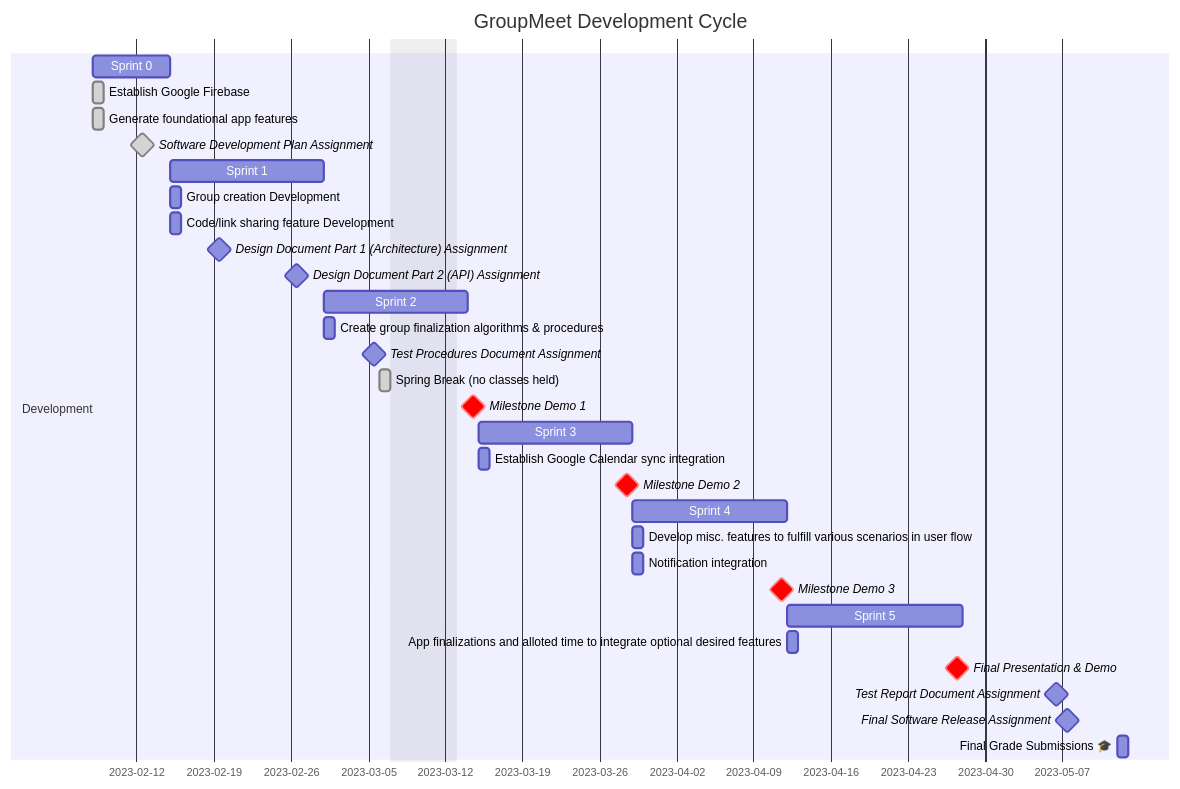
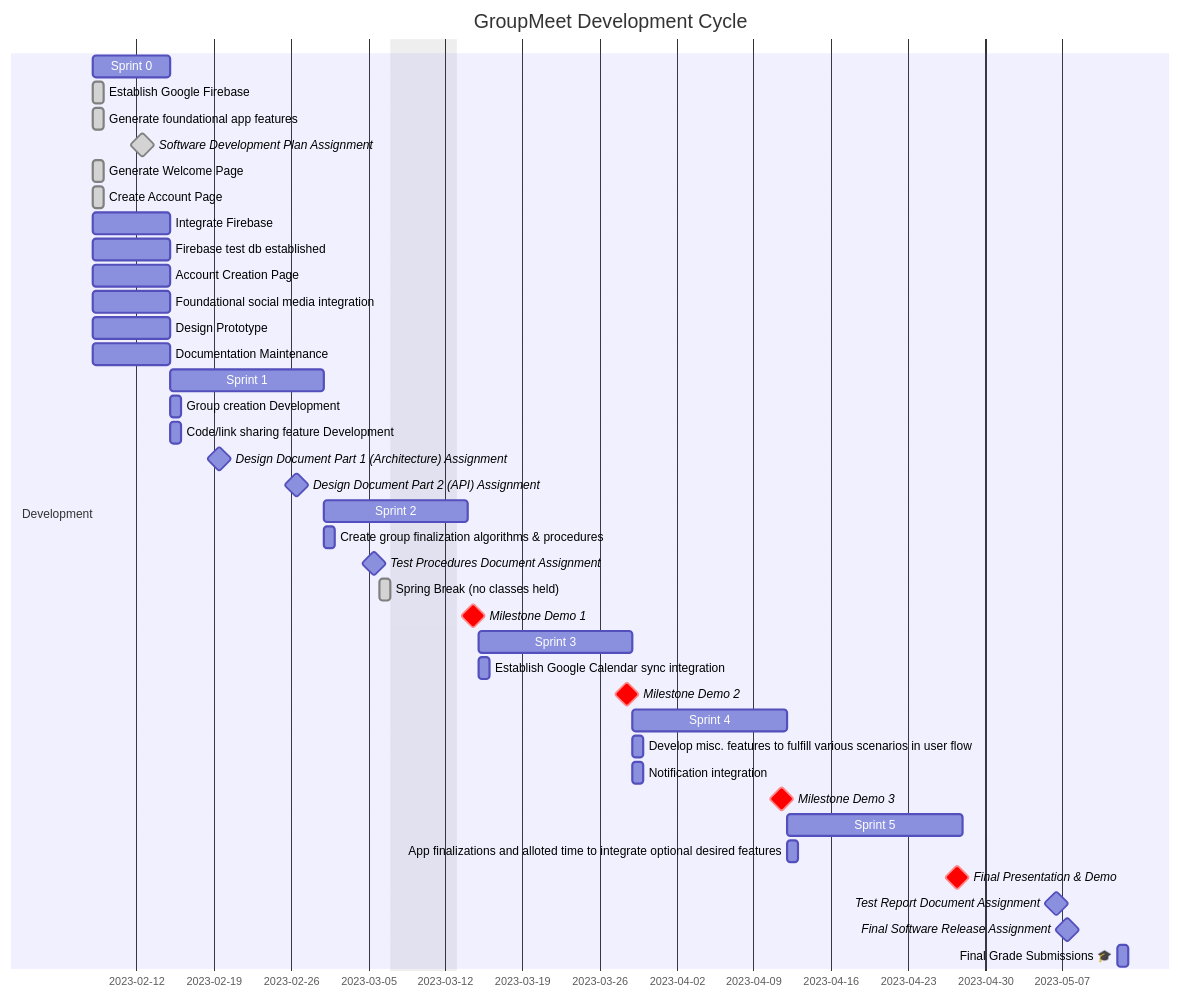
Before and after one commit to Capstone-Projects-2023-Spring/project-groupmeet: the diagram in documentation/docs/development-plan/schedule.md, drawn with Mermaid.

````diff
--- a/documentation/docs/development-plan/schedule.md
+++ b/documentation/docs/development-plan/schedule.md
@@ -7,61 +7,77 @@
 ```mermaid
 gantt
     title GroupMeet Development Cycle
     dateFormat  YYYY-MM-DD
     excludes 2023-03-07 2023-03-08 2023-03-09 2023-03-10 2023-03-11 2023-03-12
         section Development 
          Sprint 0: , 2023-02-08, 1w
         section Development 
          Establish Google Firebase:  done, 2023-02-08, 1d
         section Development 
          Generate foundational app features:  done, 2023-02-08, 1d
         section Development 
          Software Development Plan Assignment: milestone, done, 2023-02-12, 1d
+        section Development 
+         Generate Welcome Page:  done, 2023-02-08, 1d
+        section Development 
+         Create Account Page:  done, 2023-02-08, 1d
+        section Development 
+         Integrate Firebase:  , 2023-02-08, 1w
+        section Development 
+         Firebase test db established:  , 2023-02-08, 1w
+        section Development 
+         Account Creation Page:  , 2023-02-08, 1w
+        section Development 
+         Foundational social media integration:  , 2023-02-08, 1w
+        section Development 
+         Design Prototype:  , 2023-02-08, 1w
+        section Development 
+         Documentation Maintenance:  , 2023-02-08, 1w
         section Development 
          Sprint 1: , 2023-02-15, 2w
         section Development 
          Group creation Development:  , 2023-02-15, 1d
         section Development 
          Code/link sharing feature Development:  , 2023-02-15, 1d
         section Development 
          Design Document Part 1 (Architecture) Assignment: milestone, , 2023-02-19, 1d
         section Development 
          Design Document Part 2 (API) Assignment: milestone, , 2023-02-26, 1d
         section Development 
          Sprint 2: , 2023-03-01, 1w
         section Development 
          Create group finalization algorithms & procedures:  , 2023-03-01, 1d
         section Development 
          Test Procedures Document Assignment: milestone, , 2023-03-05, 1d
         section Development 
          Spring Break (no classes held): done, 2023-03-06, 1d
         section Development 
          Milestone Demo 1 :crit, milestone,  , 2023-03-14, 1d
         section Development 
          Sprint 3: , 2023-03-15, 2w
         section Development 
          Establish Google Calendar sync integration:  , 2023-03-15, 1d
         section Development 
          Milestone Demo 2 :crit, milestone,  , 2023-03-28, 1d
         section Development 
          Sprint 4: , 2023-03-29, 2w
         section Development 
          Develop misc. features to fulfill various scenarios in user flow:  , 2023-03-29, 1d
         section Development 
          Notification integration:  , 2023-03-29, 1d
         section Development 
          Milestone Demo 3 :crit, milestone,  , 2023-04-11, 1d
         section Development 
          Sprint 5: , 2023-04-12, 16d
         section Development 
          App finalizations and alloted time to integrate optional desired features:  , 2023-04-12, 1d
         section Development 
          Final Presentation & Demo :crit, milestone,  , 2023-04-27, 1d
         section Development 
          Test Report Document Assignment: milestone, , 2023-05-06, 1d
         section Development 
          Final Software Release Assignment: milestone, , 2023-05-07, 1d
         section Development 
          Final Grade Submissions 🎓 :  , 2023-05-12, 1d
         
 ```
````
